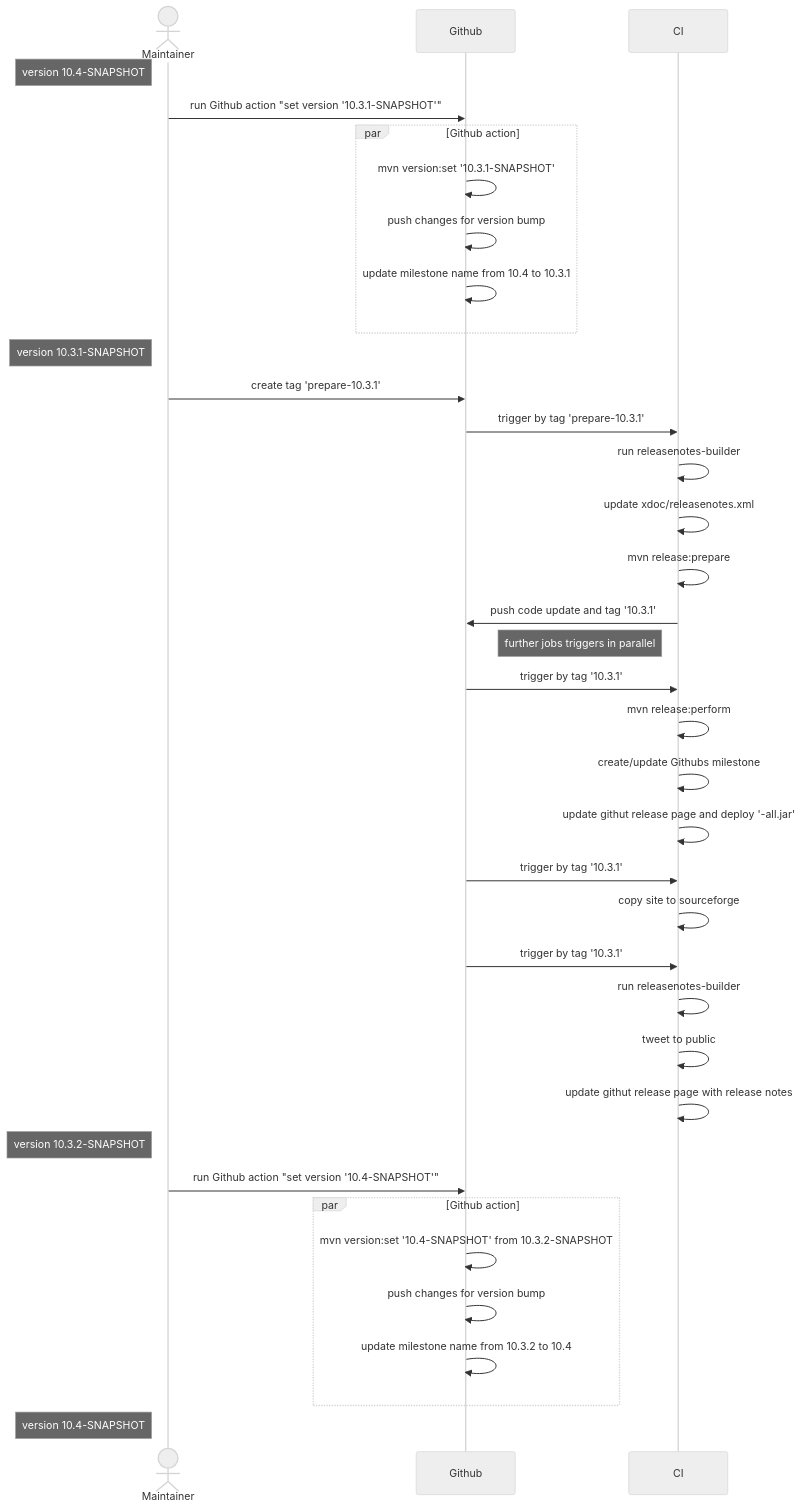
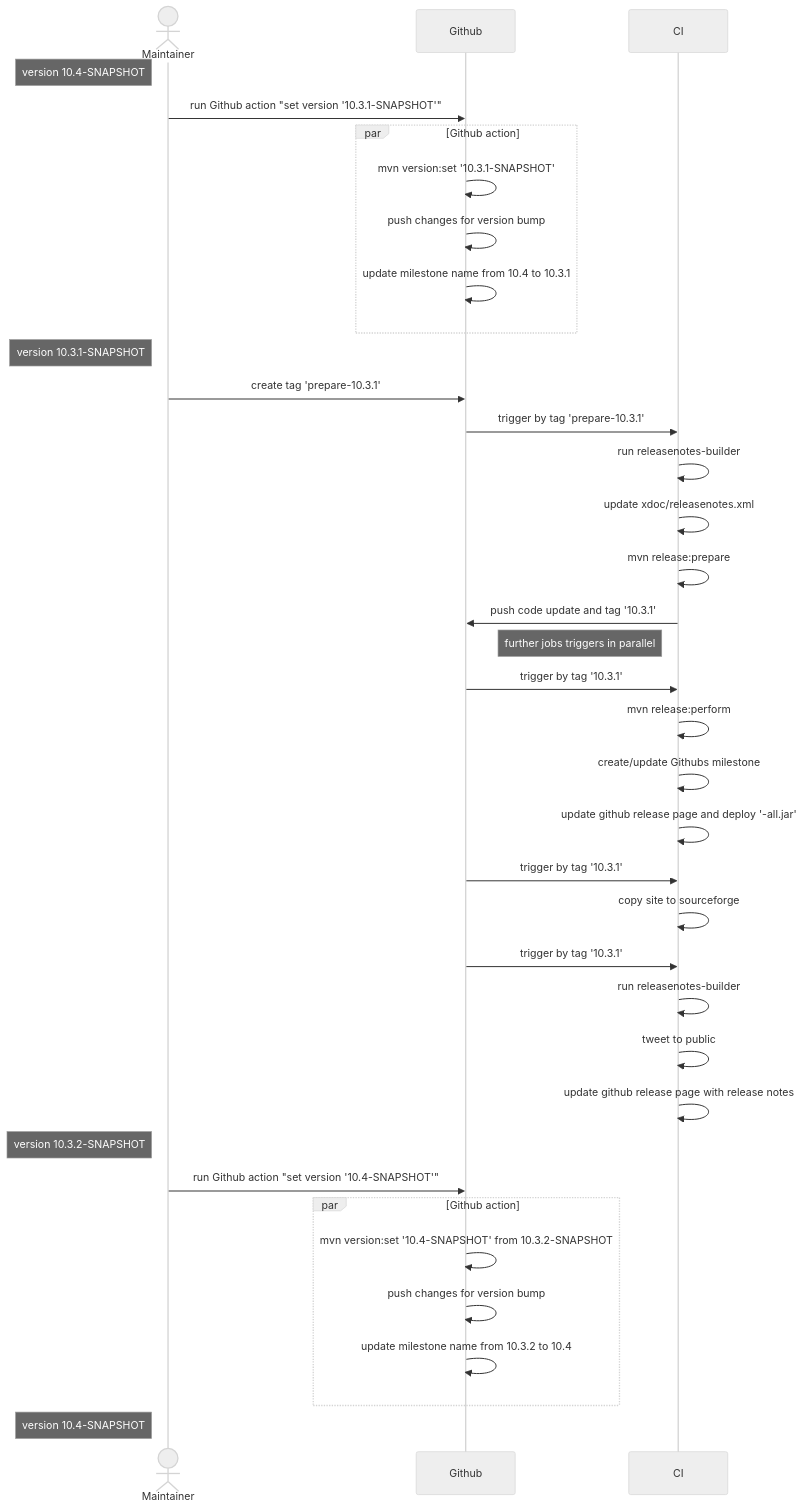
The diagram in releasenotes-builder/diagrams.md (checkstyle/contribution), drawn with Mermaid (neutral theme) before and after one commit.

Commit message:
doc: diag: fix typo

````diff
--- a/releasenotes-builder/diagrams.md
+++ b/releasenotes-builder/diagrams.md
@@ -5,47 +5,47 @@
 ```mermaid
 sequenceDiagram
     actor Maintainer
     participant Github
     participant CI
     
     Note left of Maintainer: version 10.4-SNAPSHOT
     Maintainer->>Github: run Github action "set version '10.3.1-SNAPSHOT'"
     par Github action
         Github->>Github: mvn version:set '10.3.1-SNAPSHOT'
         Github->>Github: push changes for version bump
         Github->>Github: update milestone name from 10.4 to 10.3.1
     end
     
     Note left of Maintainer: version 10.3.1-SNAPSHOT
     Maintainer->>Github: create tag 'prepare-10.3.1'
     
     Github->>CI: trigger by tag 'prepare-10.3.1'
     CI->>CI: run releasenotes-builder
     CI->>CI: update xdoc/releasenotes.xml
     CI->>CI: mvn release:prepare
     CI->>Github: push code update and tag '10.3.1'
 
     Note left of CI: further jobs triggers in parallel
     
     Github->>CI: trigger by tag '10.3.1'
     CI->>CI: mvn release:perform
     CI->>CI: create/update Githubs milestone
-    CI->>CI: update githut release page and deploy '-all.jar'
+    CI->>CI: update github release page and deploy '-all.jar'
     
     Github->>CI: trigger by tag '10.3.1'
     CI->>CI: copy site to sourceforge
 
     Github->>CI: trigger by tag '10.3.1'
     CI->>CI: run releasenotes-builder
     CI->>CI: tweet to public
-    CI->>CI: update githut release page with release notes
+    CI->>CI: update github release page with release notes
 
     Note left of Maintainer: version 10.3.2-SNAPSHOT
     Maintainer->>Github: run Github action "set version '10.4-SNAPSHOT'"
     par Github action
         Github->>Github: mvn version:set '10.4-SNAPSHOT' from 10.3.2-SNAPSHOT
         Github->>Github: push changes for version bump
         Github->>Github: update milestone name from 10.3.2 to 10.4
     end
     Note left of Maintainer: version 10.4-SNAPSHOT
 ```
````
